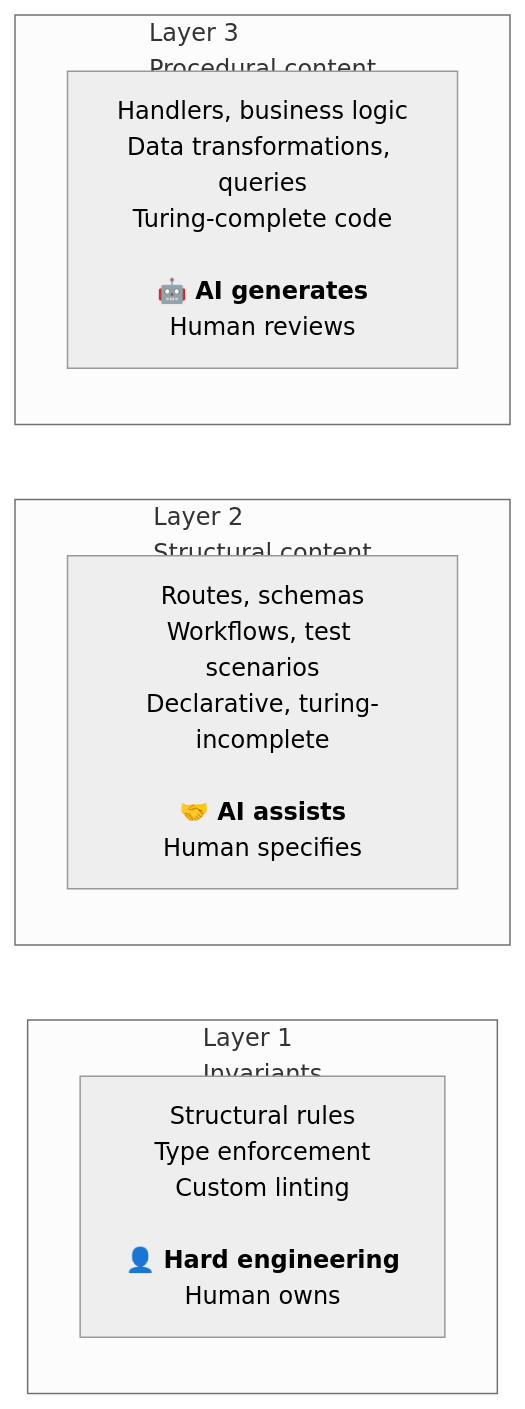
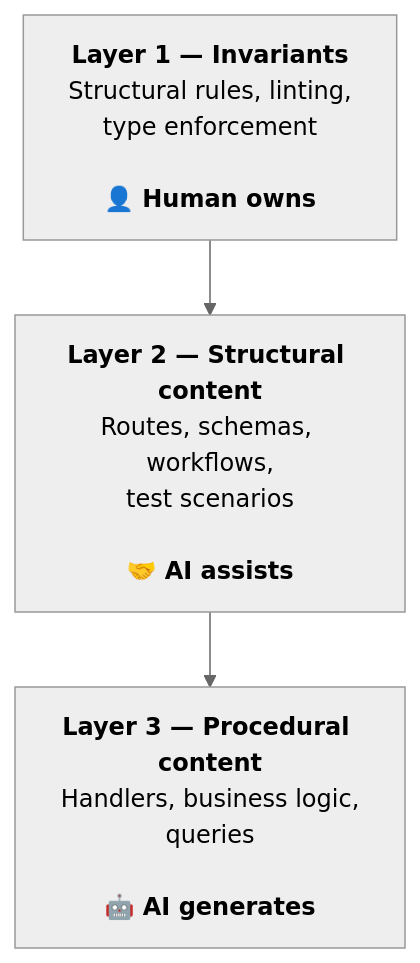
One commit to wimpheling/blog.without.hosting changed the diagram in content/posts/backspine-three-layer-architecture.md. Above: the diagram before and after it, drawn with Mermaid (neutral theme).

Commit message:
edit: simplify mermaid — TD layout, lighter text per box

````diff
--- a/content/posts/backspine-three-layer-architecture.md
+++ b/content/posts/backspine-three-layer-architecture.md
@@ -14,14 +14,8 @@
 ```mermaid
-flowchart LR
-  subgraph L1["Layer 1<br/>Invariants"]
-    A1["Structural rules<br/>Type enforcement<br/>Custom linting<br/><br/><b>👤 Hard engineering</b><br/>Human owns"]
-  end
+flowchart TD
+  L1["<b>Layer 1 — Invariants</b><br/>Structural rules, linting,<br/>type enforcement<br/><br/><b>👤 Human owns</b>"]
+  L2["<b>Layer 2 — Structural content</b><br/>Routes, schemas, workflows,<br/>test scenarios<br/><br/><b>🤝 AI assists</b>"]
+  L3["<b>Layer 3 — Procedural content</b><br/>Handlers, business logic,<br/>queries<br/><br/><b>🤖 AI generates</b>"]
 
-  subgraph L2["Layer 2<br/>Structural content"]
-    B1["Routes, schemas<br/>Workflows, test scenarios<br/>Declarative, turing-incomplete<br/><br/><b>🤝 AI assists</b><br/>Human specifies"]
-  end
-
-  subgraph L3["Layer 3<br/>Procedural content"]
-    C1["Handlers, business logic<br/>Data transformations, queries<br/>Turing-complete code<br/><br/><b>🤖 AI generates</b><br/>Human reviews"]
-  end
+  L1 --> L2 --> L3
 ```
````
